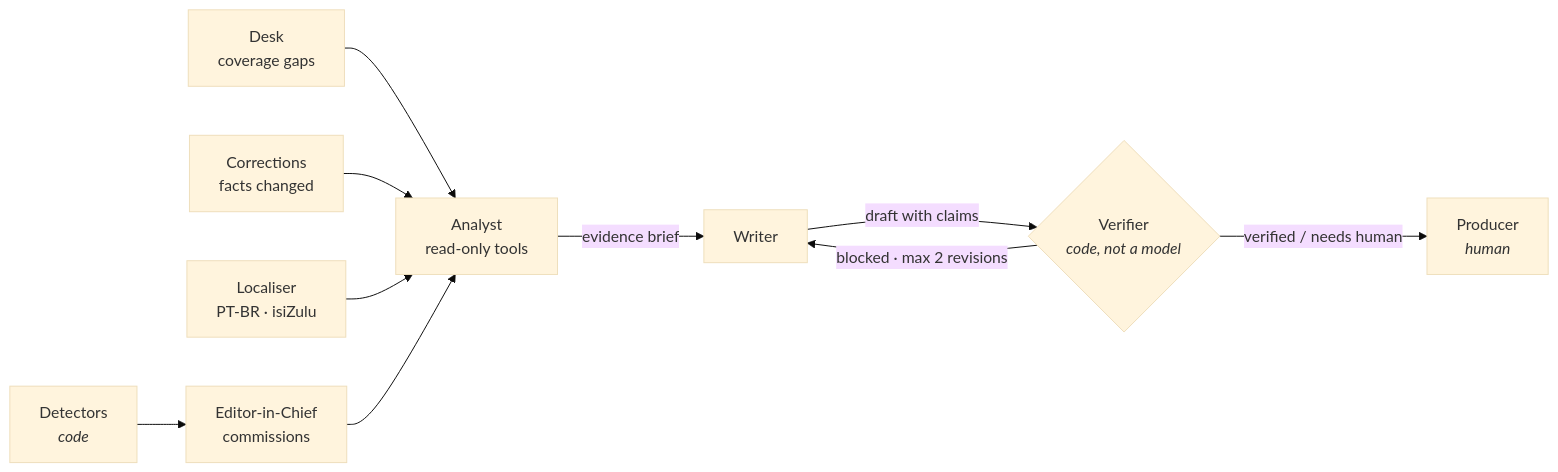
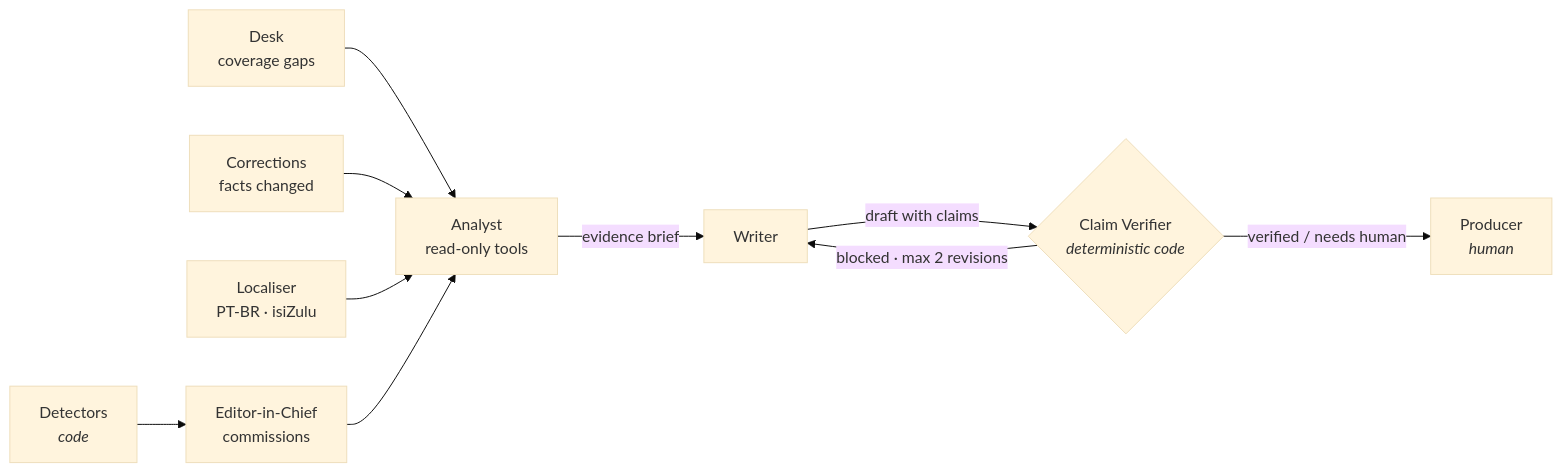
Before and after one commit to lk-nyoka/the-gallery: the diagram in README.md, drawn with Mermaid (base theme). The commit also changed other lines of this file and 23 other files, not shown here.

````diff
--- a/README.md
+++ b/README.md
@@ -40,12 +72,12 @@
 ```mermaid
 flowchart LR
     D[Detectors<br/><i>code</i>] --> E[Editor-in-Chief<br/>commissions]
     K[Desk<br/>coverage gaps] --> A
     C[Corrections<br/>facts changed] --> A
     L[Localiser<br/>PT-BR · isiZulu] --> A
     E --> A[Analyst<br/>read-only tools]
     A -->|evidence brief| W[Writer]
-    W -->|draft with claims| V{Verifier<br/><i>code, not a model</i>}
+    W -->|draft with claims| V{Claim Verifier<br/><i>deterministic code</i>}
     V -->|blocked · max 2 revisions| W
     V -->|verified / needs human| P[Producer<br/><i>human</i>]
 ```
````
